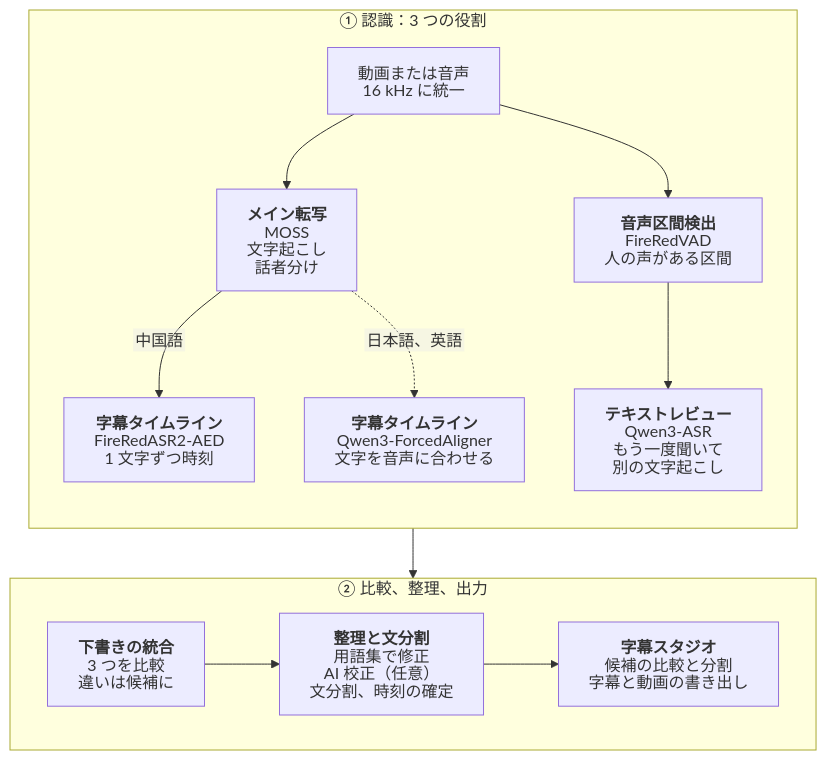
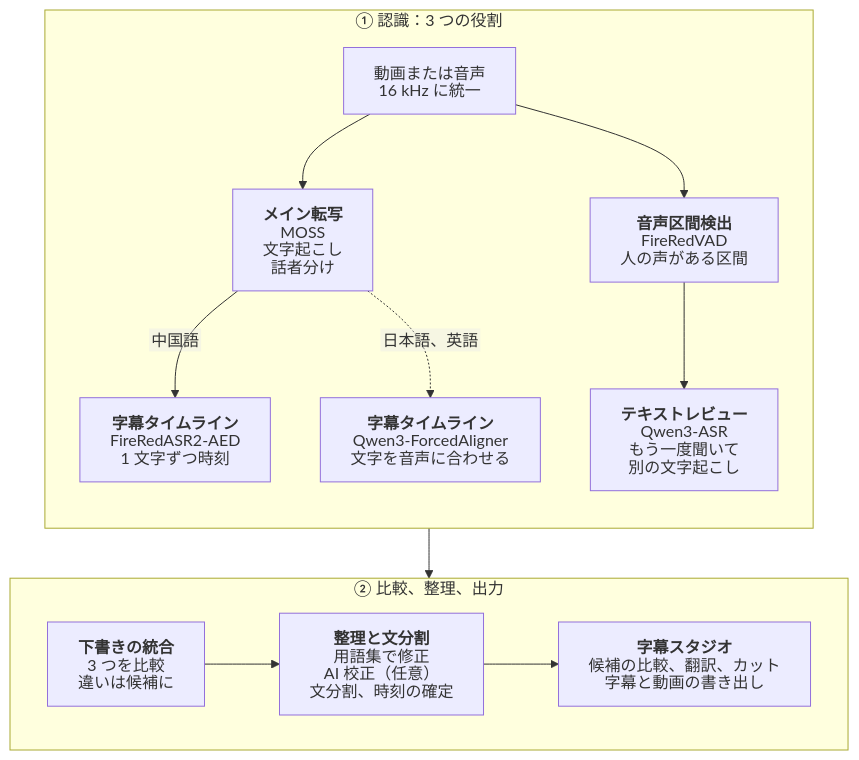
The diagram in README_JA.md (NOTBAD314/2ByteASR), drawn with Mermaid before and after one commit. The commit also changed other lines of this file and 46 other files, not shown here.

First line of the commit message:
docs: README 改版为「字幕剪辑翻译工作台」，四种语言换上 0.8.7 真实截图 [skip ci]

````diff
--- a/README_JA.md
+++ b/README_JA.md
@@ -166,38 +176,38 @@
 ```mermaid
 %%{init: {"htmlLabels": false, "markdownAutoWrap": false, "flowchart": {"htmlLabels": false, "wrappingWidth": 400}}}%%
 flowchart TB
     subgraph REC["① 認識：3 つの役割"]
         direction TB
         A["`動画または音声
 16 kHz に統一`"] --> M["`**メイン転写**
 MOSS
 文字起こし
 話者分け`"]
         A --> V["`**音声区間検出**
 FireRedVAD
 人の声がある区間`"]
         M -->|中国語| F["`**字幕タイムライン**
 FireRedASR2-AED
 1 文字ずつ時刻`"]
         M -.->|日本語、英語| Q["`**字幕タイムライン**
 Qwen3-ForcedAligner
 文字を音声に合わせる`"]
         V --> R["`**テキストレビュー**
 Qwen3-ASR
 もう一度聞いて
 別の文字起こし`"]
     end
     subgraph POST["② 比較、整理、出力"]
         direction LR
         D["`**下書きの統合**
 3 つを比較
 違いは候補に`"] --> T["`**整理と文分割**
 用語集で修正
 AI 校正（任意）
 文分割、時刻の確定`"]
         T --> P["`**字幕スタジオ**
-候補の比較と分割
+候補の比較、翻訳、カット
 字幕と動画の書き出し`"]
     end
     REC --> POST
 ```
````
